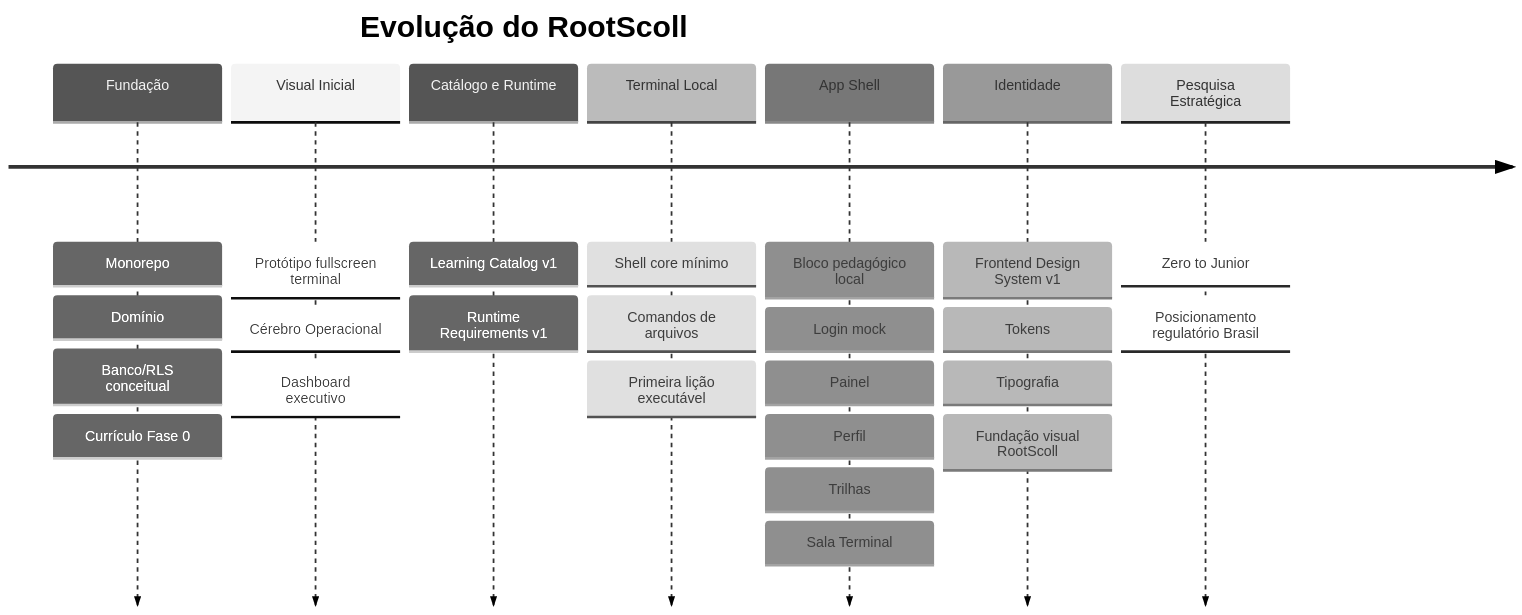
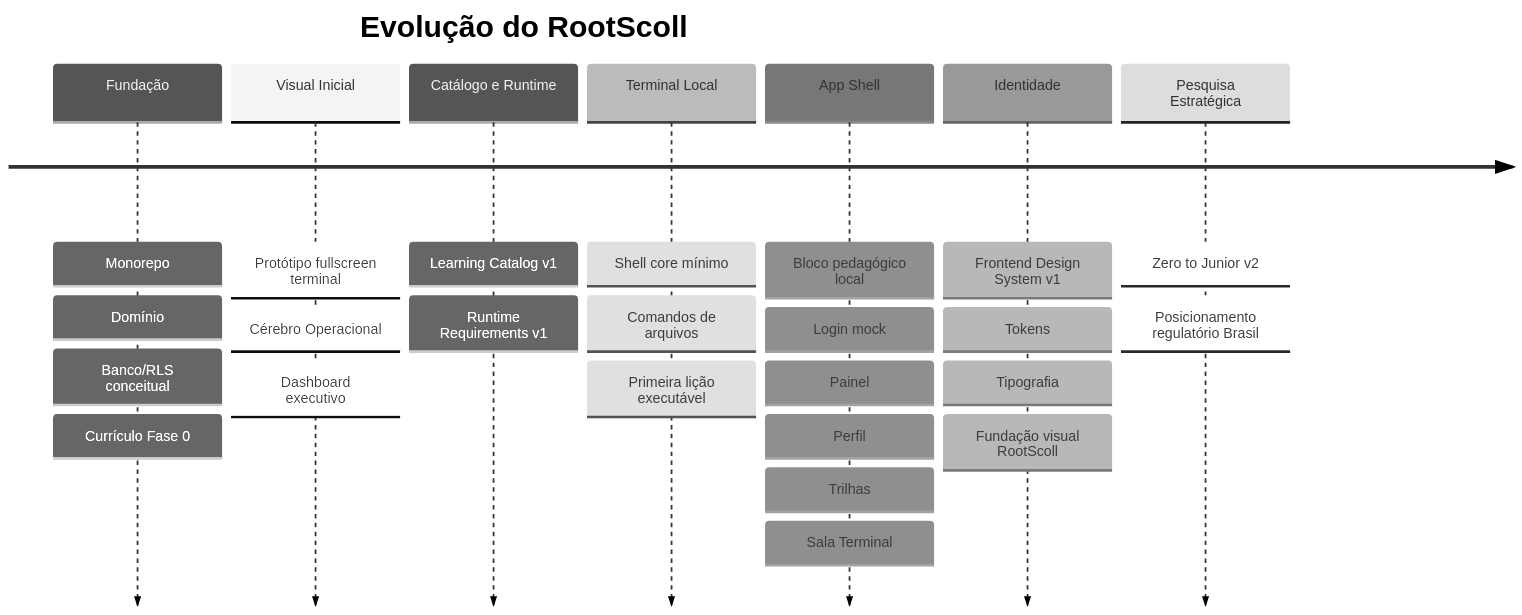
Before and after one commit to reinaldogramachof-hash/RootScoll: the fourth of 4 diagrams in docs/operations/visual-operational-brain.md, drawn with Mermaid (neutral theme). The commit also changed other lines of this file and 14 other files, not shown here.

````diff
--- a/docs/operations/visual-operational-brain.md
+++ b/docs/operations/visual-operational-brain.md
@@ -113,11 +114,11 @@
 ```mermaid
 timeline
     title Evolução do RootScoll
     Fundação : Monorepo : Domínio : Banco/RLS conceitual : Currículo Fase 0
     Visual Inicial : Protótipo fullscreen terminal : Cérebro Operacional : Dashboard executivo
     Catálogo e Runtime : Learning Catalog v1 : Runtime Requirements v1
     Terminal Local : Shell core mínimo : Comandos de arquivos : Primeira lição executável
     App Shell : Bloco pedagógico local : Login mock : Painel : Perfil : Trilhas : Sala Terminal
     Identidade : Frontend Design System v1 : Tokens : Tipografia : Fundação visual RootScoll
-    Pesquisa Estratégica : Zero to Junior : Posicionamento regulatório Brasil
+    Pesquisa Estratégica : Zero to Junior v2 : Posicionamento regulatório Brasil
 ```
````
